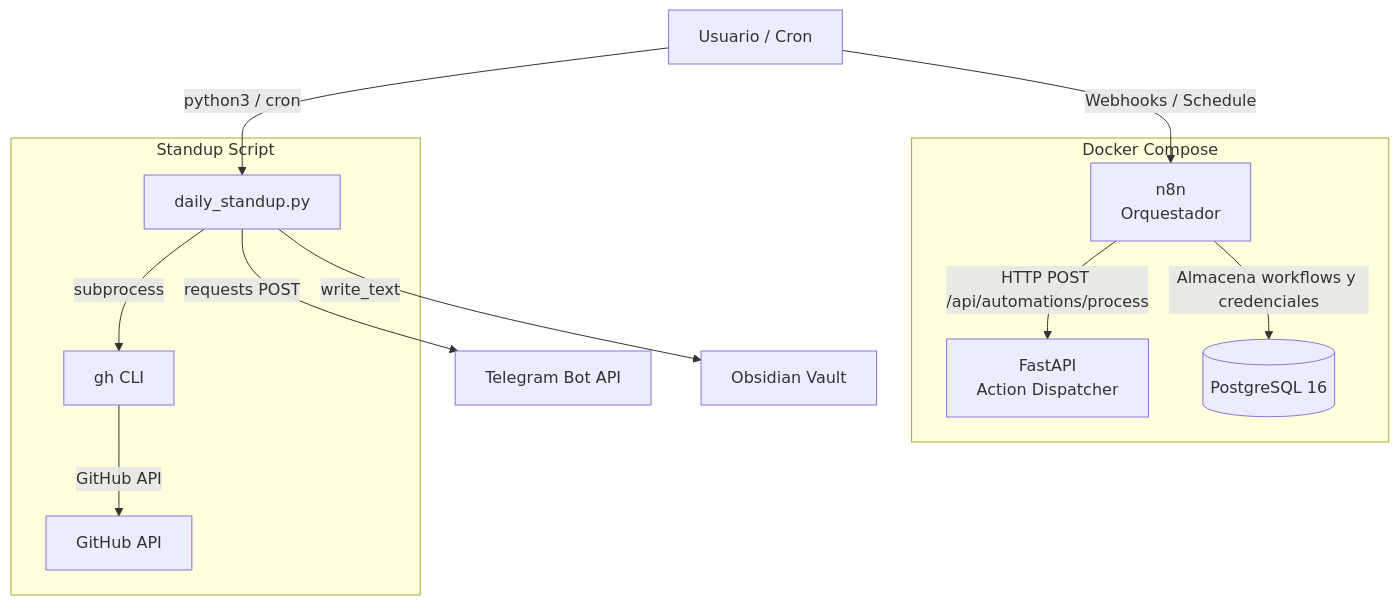
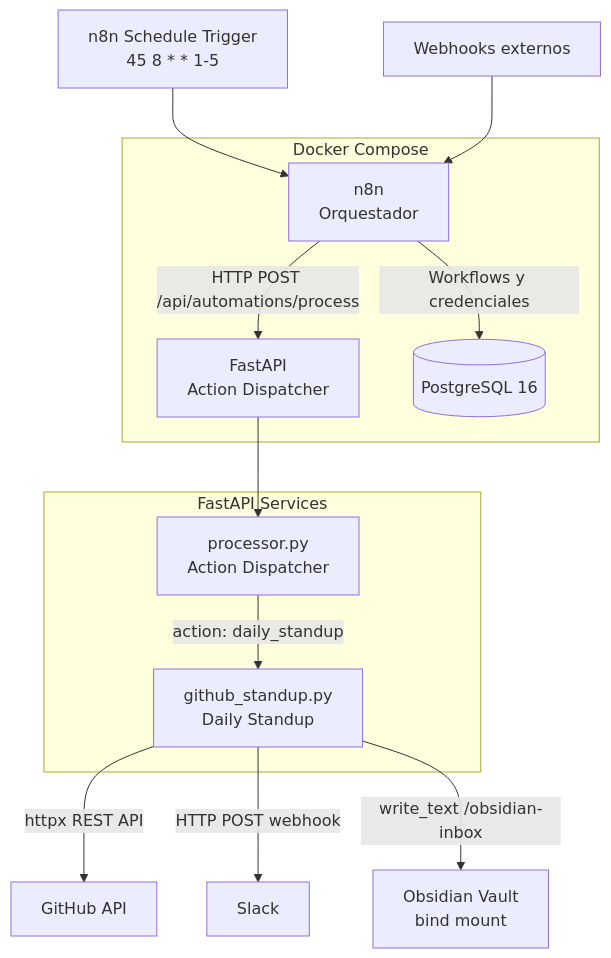
One commit to leonelmarinaro/devflow changed the diagram in docs/architecture.md. Above: the diagram before and after it, drawn with Mermaid. The commit also changed other lines of this file and 22 other files, not shown here.

First line of the commit message:
Migrar Daily Standup a arquitectura Docker (FastAPI + n8n)

````diff
--- a/docs/architecture.md
+++ b/docs/architecture.md
@@ -5,24 +5,26 @@
 ```mermaid
 graph TB
     subgraph Docker Compose
         N8N[n8n<br/>Orquestador]
         API[FastAPI<br/>Action Dispatcher]
         DB[(PostgreSQL 16)]
 
         N8N -->|HTTP POST /api/automations/process| API
-        N8N -->|Almacena workflows y credenciales| DB
+        N8N -->|Workflows y credenciales| DB
     end
 
-    subgraph Standup Script
-        GH[gh CLI]
-        ST[daily_standup.py]
-        ST -->|subprocess| GH
-        GH -->|GitHub API| GHAPI[GitHub API]
+    subgraph FastAPI Services
+        PROC[processor.py<br/>Action Dispatcher]
+        GH_SVC[github_standup.py<br/>Daily Standup]
+
+        API --> PROC
+        PROC -->|action: daily_standup| GH_SVC
     end
 
-    ST -->|requests POST| TG[Telegram Bot API]
-    ST -->|write_text| OBS[Obsidian Vault]
+    GH_SVC -->|httpx REST API| GHAPI[GitHub API]
+    GH_SVC -->|HTTP POST webhook| SLACK[Slack]
+    GH_SVC -->|write_text /obsidian-inbox| OBS[Obsidian Vault<br/>bind mount]
 
-    USER[Usuario / Cron] -->|Webhooks / Schedule| N8N
-    USER -->|python3 / cron| ST
+    CRON[n8n Schedule Trigger<br/>45 8 * * 1-5] --> N8N
+    WEBHOOK[Webhooks externos] --> N8N
 ```
````
